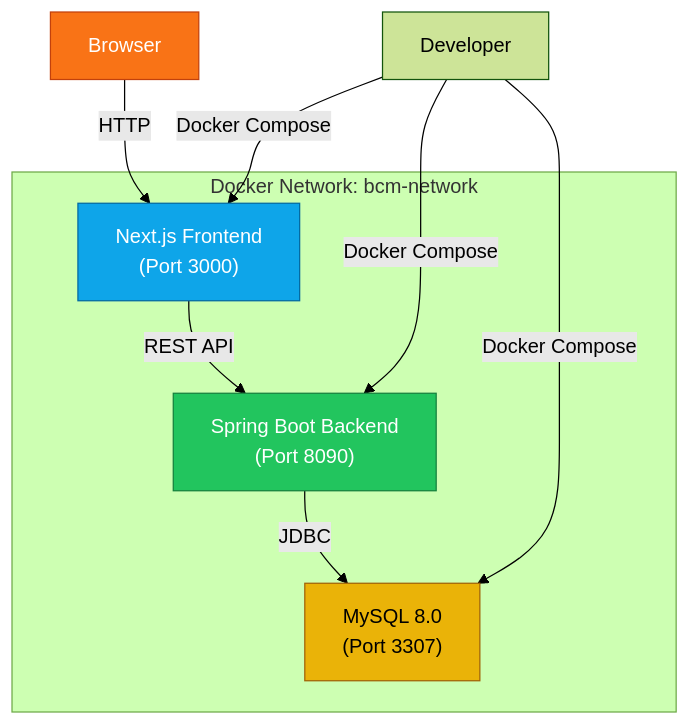
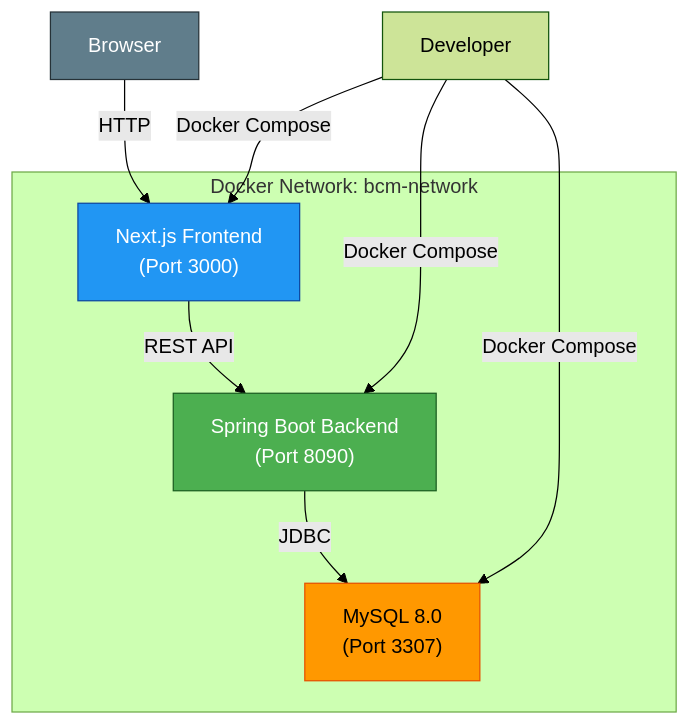
One commit to DonatoCorbacioDev/bcm-v2-docker changed the diagram in README.md. Above: the diagram before and after it, drawn with Mermaid (forest theme).

Commit message:
style: update mermaid diagram colors to professional palette
- Replace vivid colors with Material Design scheme
- Use professional blue/green/amber/grey palette
- Improve visual consistency

````diff
--- a/README.md
+++ b/README.md
@@ -28,16 +28,16 @@
 ```mermaid
 graph TB
     subgraph DockerNet["Docker Network: bcm-network"]
         A["Next.js Frontend<br>(Port 3000)"] -->|REST API| B["Spring Boot Backend<br>(Port 8090)"]
         B -->|JDBC| C["MySQL 8.0<br>(Port 3307)"]
     end
     D[Browser] -->|HTTP| A
     E[Developer] -->|Docker Compose| A
     E -->|Docker Compose| B
     E -->|Docker Compose| C
     
-    style A fill:#0ea5e9,stroke:#0369a1,color:#fff
-    style B fill:#22c55e,stroke:#15803d,color:#fff
-    style C fill:#eab308,stroke:#a16207,color:#000
-    style D fill:#f97316,stroke:#c2410c,color:#fff
+    style A fill:#2196f3,stroke:#0d47a1,color:#fff
+    style B fill:#4caf50,stroke:#1b5e20,color:#fff
+    style C fill:#ff9800,stroke:#e65100,color:#000
+    style D fill:#607d8b,stroke:#263238,color:#fff
 ```
````
